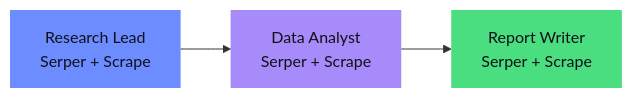
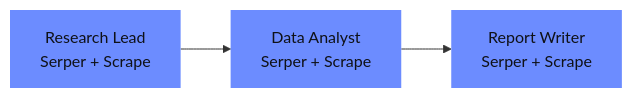
One commit to mj-deving/crewai-n8n-bridge changed the second of 6 diagrams in README.md. Above: the diagram before and after it, drawn with Mermaid. The commit also changed other lines of this file, not shown here.

Commit message:
docs: simplify crew diagram colors — Option A single accent

````diff
--- a/README.md
+++ b/README.md
@@ -55,8 +55,8 @@
 ```mermaid
 flowchart LR
     R1["Research Lead\nSerper + Scrape"] --> R2["Data Analyst\nSerper + Scrape"] --> R3["Report Writer\nSerper + Scrape"]
 
     style R1 fill:#6c8cff,color:#0f1117,stroke:none
-    style R2 fill:#a78bfa,color:#0f1117,stroke:none
-    style R3 fill:#4ade80,color:#0f1117,stroke:none
+    style R2 fill:#6c8cff,color:#0f1117,stroke:none
+    style R3 fill:#6c8cff,color:#0f1117,stroke:none
 ```
````
